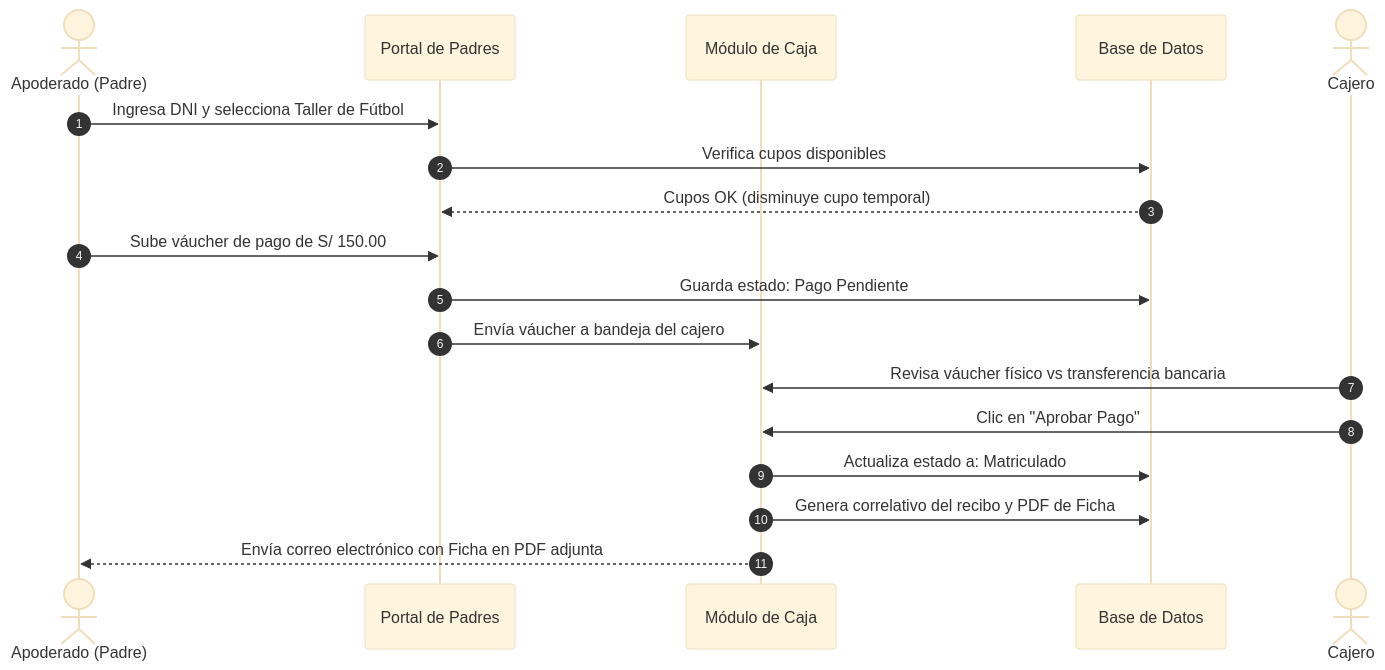
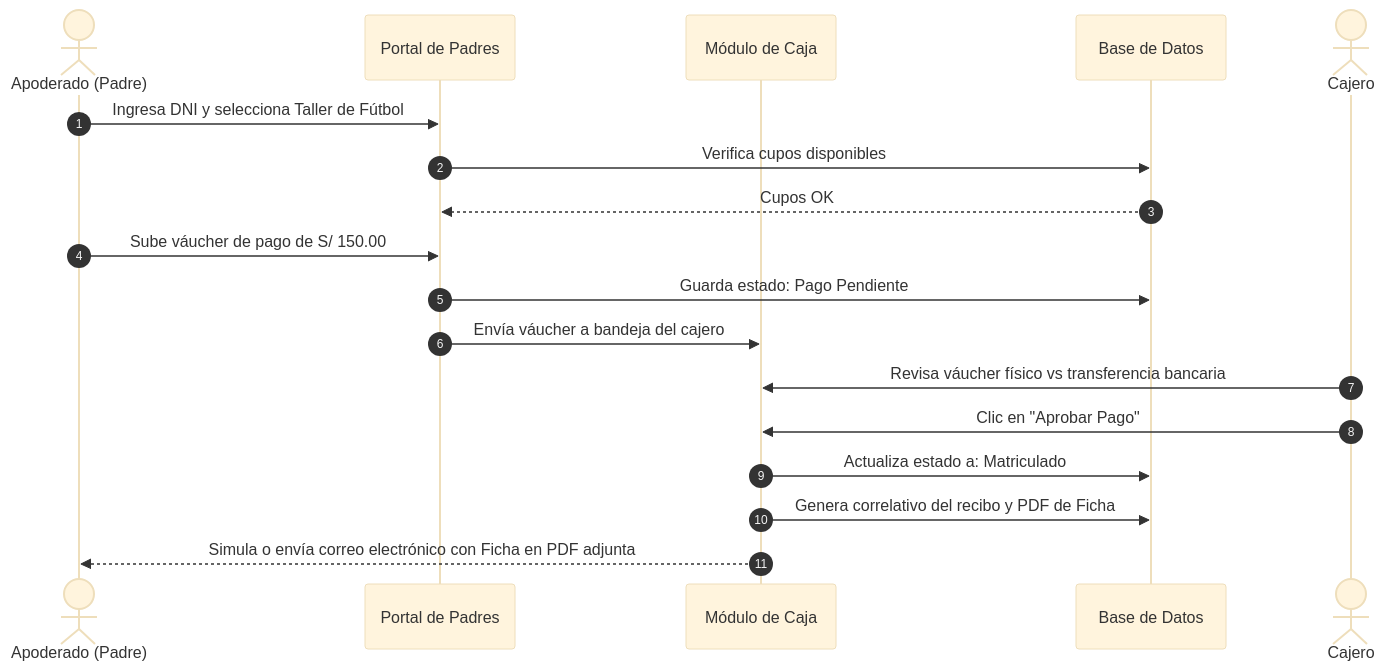
Before and after one commit to JUANLCHUMBE5/Modulo_extracurricular: the second of 2 diagrams in README.md, drawn with Mermaid (base theme). The commit also changed other lines of this file, not shown here.

Commit message:
docs: corregir readme.md para reflejar pruebas manuales y remover referencias a verificacion de cuenta por correo

````diff
--- a/README.md
+++ b/README.md
@@ -110,21 +102,21 @@
 ```mermaid
 sequenceDiagram
     autonumber
     actor Apoderado as Apoderado (Padre)
     participant Portal as Portal de Padres
     participant Caja as Módulo de Caja
     participant BD as Base de Datos
 
     Apoderado->>Portal: Ingresa DNI y selecciona Taller de Fútbol
     Portal->>BD: Verifica cupos disponibles
-    BD-->>Portal: Cupos OK (disminuye cupo temporal)
+    BD-->>Portal: Cupos OK
     Apoderado->>Portal: Sube váucher de pago de S/ 150.00
     Portal->>BD: Guarda estado: Pago Pendiente
     Portal->>Caja: Envía váucher a bandeja del cajero
     actor Cajero
     Cajero->>Caja: Revisa váucher físico vs transferencia bancaria
     Cajero->>Caja: Clic en "Aprobar Pago"
     Caja->>BD: Actualiza estado a: Matriculado
     Caja->>BD: Genera correlativo del recibo y PDF de Ficha
-    Caja-->>Apoderado: Envía correo electrónico con Ficha en PDF adjunta
+    Caja-->>Apoderado: Simula o envía correo electrónico con Ficha en PDF adjunta
 ```
````
